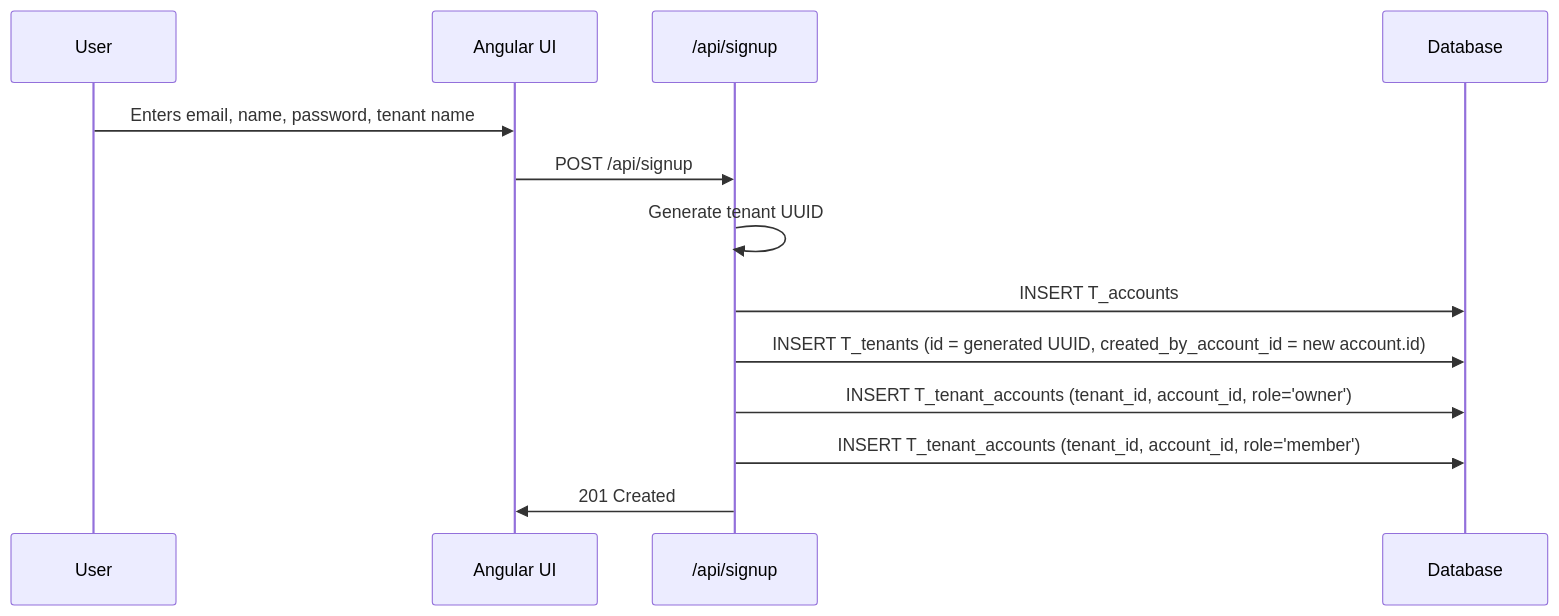
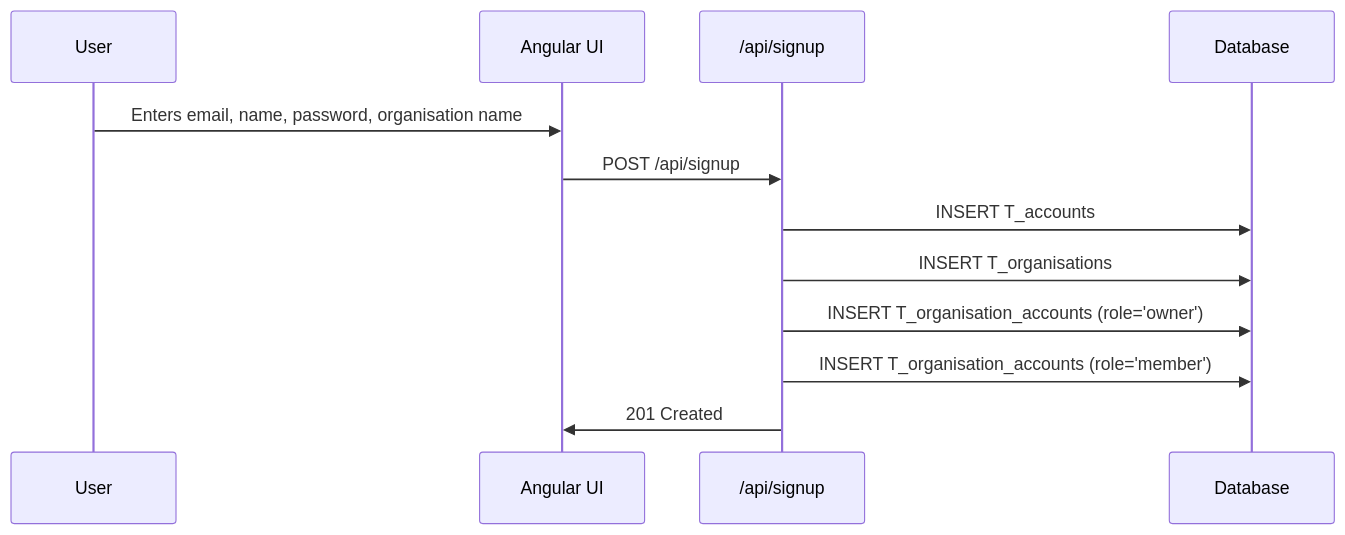
The third of 4 diagrams in docs/MULTITENANCY_DESIGN.md (abstratium-dev/abstrauth), drawn with Mermaid before and after one commit. The commit also changed other lines of this file and 15 other files, not shown here.

````diff
--- a/docs/MULTITENANCY_DESIGN.md
+++ b/docs/MULTITENANCY_DESIGN.md
@@ -150,16 +192,15 @@
 ```mermaid
 sequenceDiagram
     participant U as User
     participant UI as Angular UI
     participant API as /api/signup
     participant DB as Database
 
-    U->>UI: Enters email, name, password, tenant name
+    U->>UI: Enters email, name, password, organisation name
     UI->>API: POST /api/signup
-    API->>API: Generate tenant UUID
     API->>DB: INSERT T_accounts
-    API->>DB: INSERT T_tenants (id = generated UUID, created_by_account_id = new account.id)
-    API->>DB: INSERT T_tenant_accounts (tenant_id, account_id, role='owner')
-    API->>DB: INSERT T_tenant_accounts (tenant_id, account_id, role='member')
+    API->>DB: INSERT T_organisations
+    API->>DB: INSERT T_organisation_accounts (role='owner')
+    API->>DB: INSERT T_organisation_accounts (role='member')
     API->>UI: 201 Created
 ```
````
